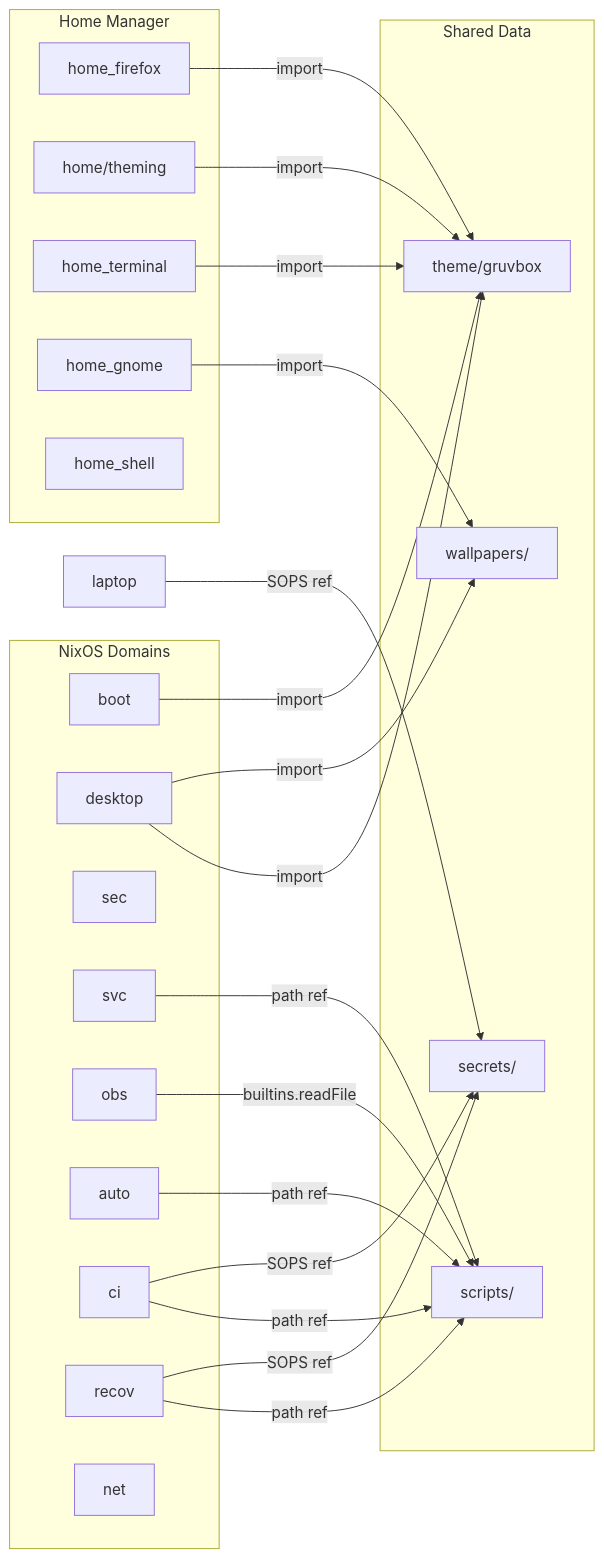
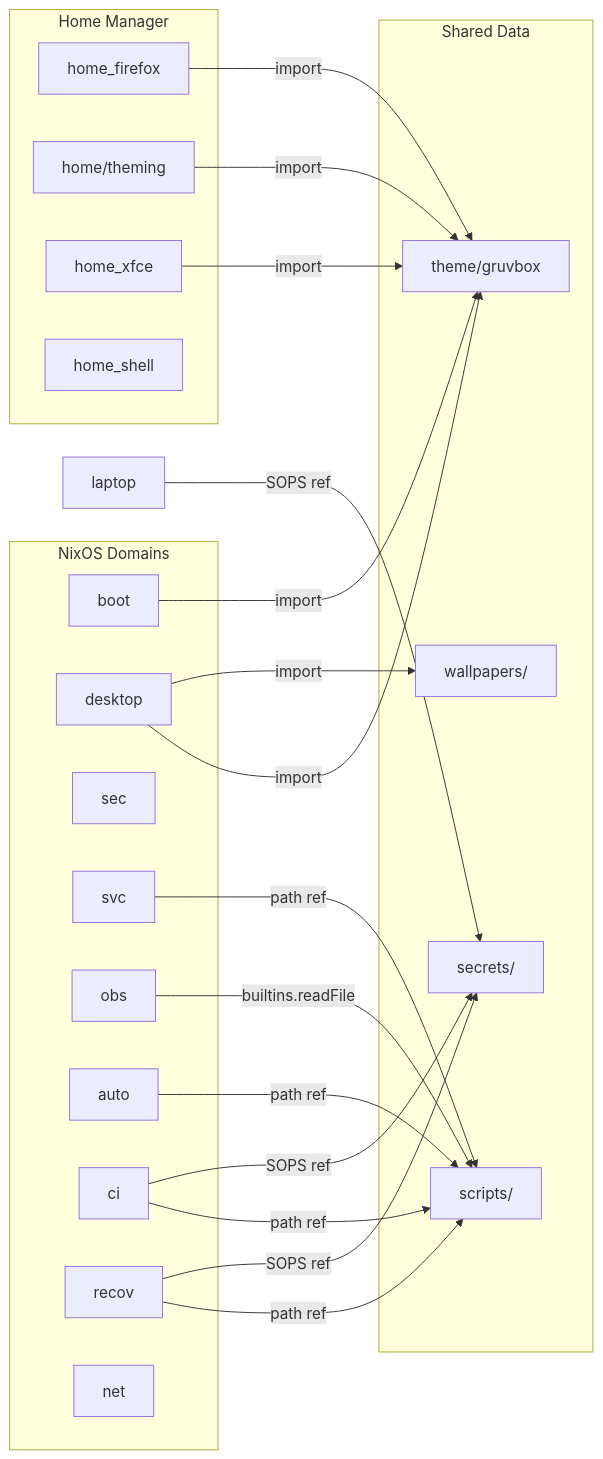
One commit to itsivali/nixos-infrastructure changed the second of 4 diagrams in ARCHITECTURE_AUDIT.md. Above: the diagram before and after it, drawn with Mermaid. The commit also changed other lines of this file and 36 other files, not shown here.

````diff
--- a/ARCHITECTURE_AUDIT.md
+++ b/ARCHITECTURE_AUDIT.md
@@ -143,46 +142,44 @@
 ```mermaid
 graph LR
     subgraph "Shared Data"
         theme["theme/gruvbox"]
         scripts["scripts/"]
         secrets["secrets/"]
         wallpapers["wallpapers/"]
     end
 
     subgraph "NixOS Domains"
         boot
         desktop
         sec
         svc
         obs
         auto
         ci
         recov
         net
     end
 
     subgraph "Home Manager"
         home_firefox
         home_theming["home/theming"]
-        home_terminal
-        home_gnome
+        home_xfce
         home_shell
     end
 
     boot -->|import| theme
     desktop -->|import| theme
     desktop -->|import| wallpapers
     home_theming -->|import| theme
     home_firefox -->|import| theme
-    home_terminal -->|import| theme
-    home_gnome -->|import| wallpapers
+    home_xfce -->|import| theme
 
     svc -->|path ref| scripts
     auto -->|path ref| scripts
     ci -->|path ref| scripts
     ci -->|SOPS ref| secrets
     recov -->|path ref| scripts
     recov -->|SOPS ref| secrets
     obs -->|builtins.readFile| scripts
     laptop -->|SOPS ref| secrets
 ```
````
